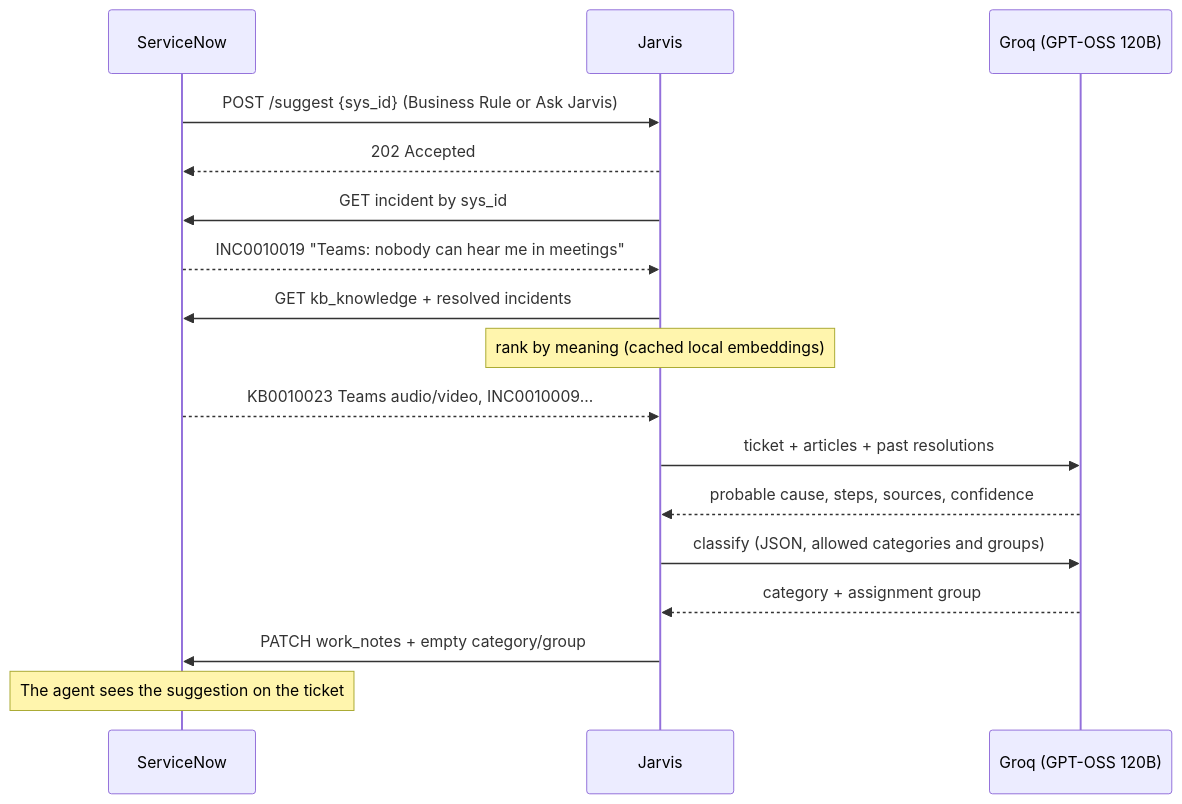
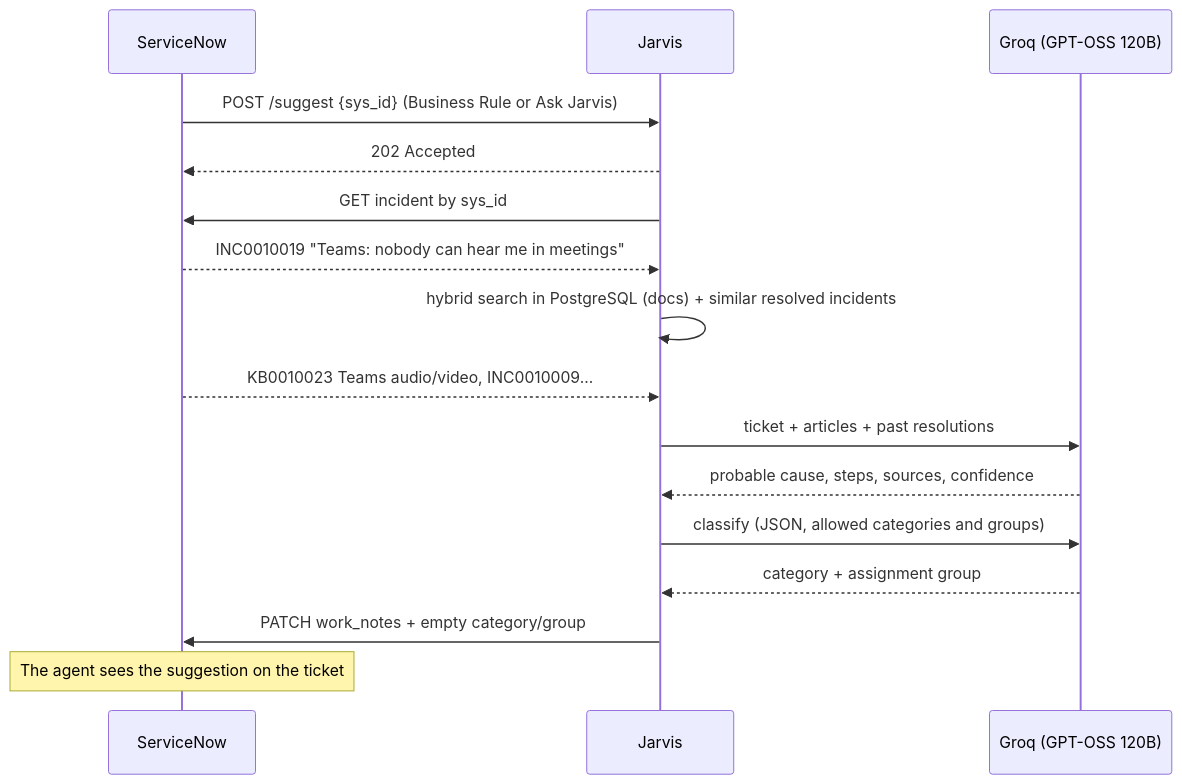
One commit to tortonef/jarvis-servicenow changed the second of 3 diagrams in README.md. Above: the diagram before and after it, drawn with Mermaid. The commit also changed other lines of this file and 1 other file, not shown here.

Commit message:
Docs: Phase 1 in README and architecture plan

````diff
--- a/README.md
+++ b/README.md
@@ -31,19 +33,18 @@
 ```mermaid
 sequenceDiagram
     participant SN as ServiceNow
     participant J as Jarvis
     participant LLM as Groq (GPT-OSS 120B)
     SN->>J: POST /suggest {sys_id} (Business Rule or Ask Jarvis)
     J-->>SN: 202 Accepted
     J->>SN: GET incident by sys_id
     SN-->>J: INC0010019 "Teams: nobody can hear me in meetings"
-    J->>SN: GET kb_knowledge + resolved incidents
-    Note over J: rank by meaning (cached local embeddings)
+    J->>J: hybrid search in PostgreSQL (docs) + similar resolved incidents
     SN-->>J: KB0010023 Teams audio/video, INC0010009...
     J->>LLM: ticket + articles + past resolutions
     LLM-->>J: probable cause, steps, sources, confidence
     J->>LLM: classify (JSON, allowed categories and groups)
     LLM-->>J: category + assignment group
     J->>SN: PATCH work_notes + empty category/group
     Note over SN: The agent sees the suggestion on the ticket
 ```
````
